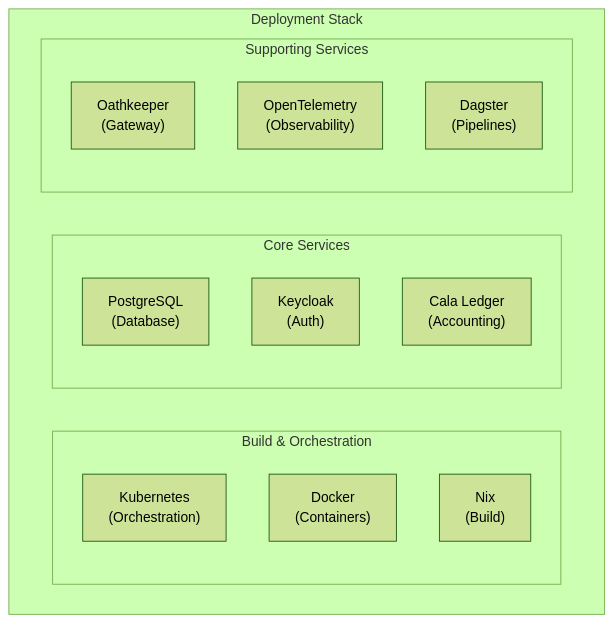
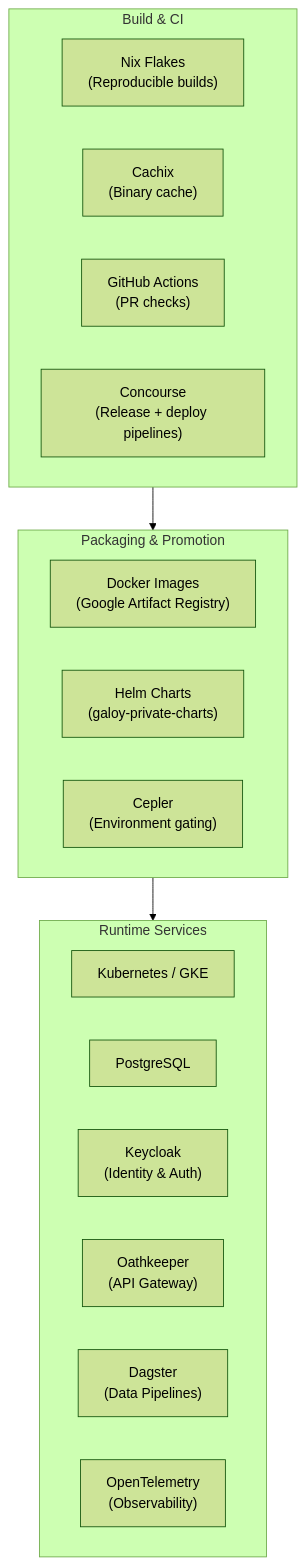
The second of 2 diagrams in docs-site/docs/for-platform-engineers/deployment/index.md (GaloyMoney/lana-bank), drawn with Mermaid (forest theme) before and after one commit. The commit also changed other lines of this file and 6 other files, not shown here.

````diff
--- a/docs-site/docs/for-platform-engineers/deployment/index.md
+++ b/docs-site/docs/for-platform-engineers/deployment/index.md
@@ -13,20 +48,23 @@
 ```mermaid
 graph TD
-    subgraph Stack["Deployment Stack"]
-        subgraph Build["Build & Orchestration"]
-            K8S["Kubernetes<br/>(Orchestration)"]
-            DOCKER["Docker<br/>(Containers)"]
-            NIX["Nix<br/>(Build)"]
-        end
-        subgraph Core["Core Services"]
-            PG["PostgreSQL<br/>(Database)"]
-            KC["Keycloak<br/>(Auth)"]
-            CALA["Cala Ledger<br/>(Accounting)"]
-        end
-        subgraph Support["Supporting Services"]
-            OAT["Oathkeeper<br/>(Gateway)"]
-            OTEL["OpenTelemetry<br/>(Observability)"]
-            DAG["Dagster<br/>(Pipelines)"]
-        end
+    subgraph Build["Build & CI"]
+        NIX["Nix Flakes<br/>(Reproducible builds)"]
+        CACHIX["Cachix<br/>(Binary cache)"]
+        GHA2["GitHub Actions<br/>(PR checks)"]
+        CONC2["Concourse<br/>(Release + deploy pipelines)"]
     end
+    subgraph Packaging["Packaging & Promotion"]
+        DOCKER["Docker Images<br/>(Google Artifact Registry)"]
+        HELM["Helm Charts<br/>(galoy-private-charts)"]
+        CEPLER2["Cepler<br/>(Environment gating)"]
+    end
+    subgraph Runtime["Runtime Services"]
+        K8S["Kubernetes / GKE"]
+        PG["PostgreSQL"]
+        KC["Keycloak<br/>(Identity & Auth)"]
+        OAT["Oathkeeper<br/>(API Gateway)"]
+        DAG["Dagster<br/>(Data Pipelines)"]
+        OTEL["OpenTelemetry<br/>(Observability)"]
+    end
+    Build --> Packaging --> Runtime
 ```
````
